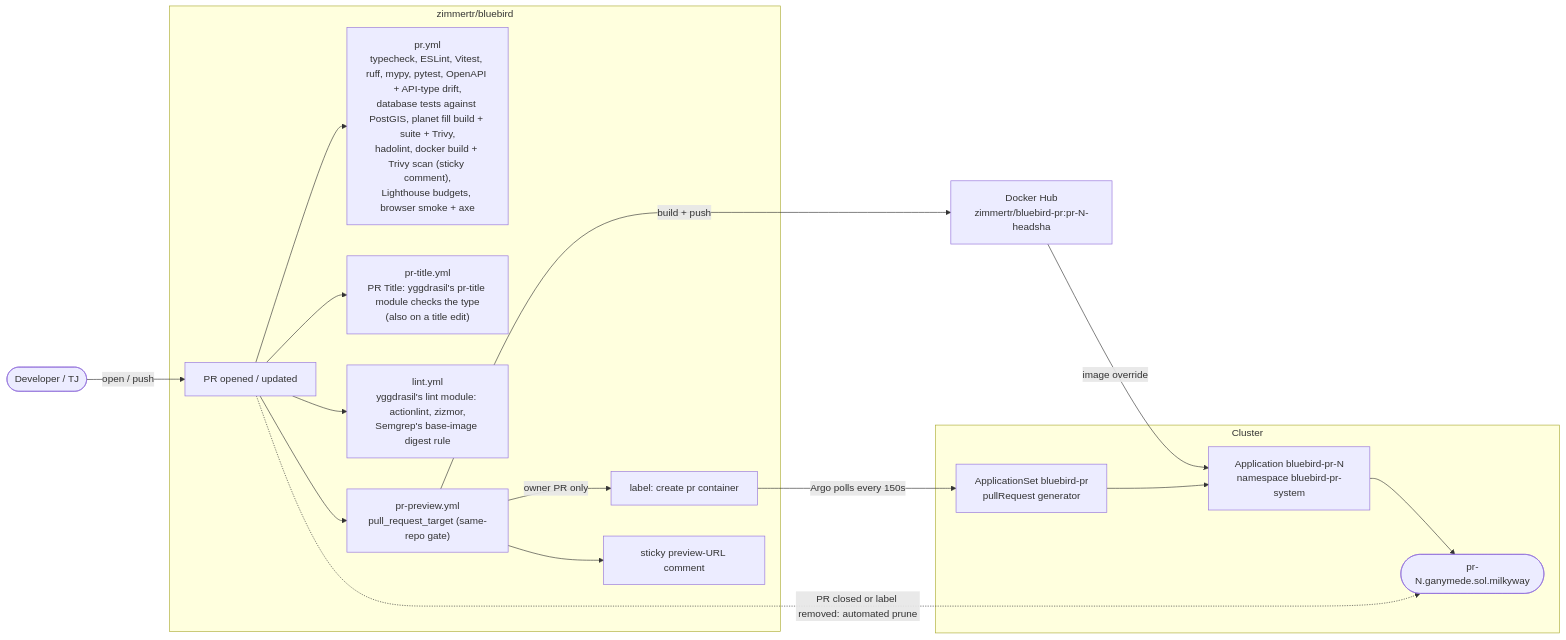
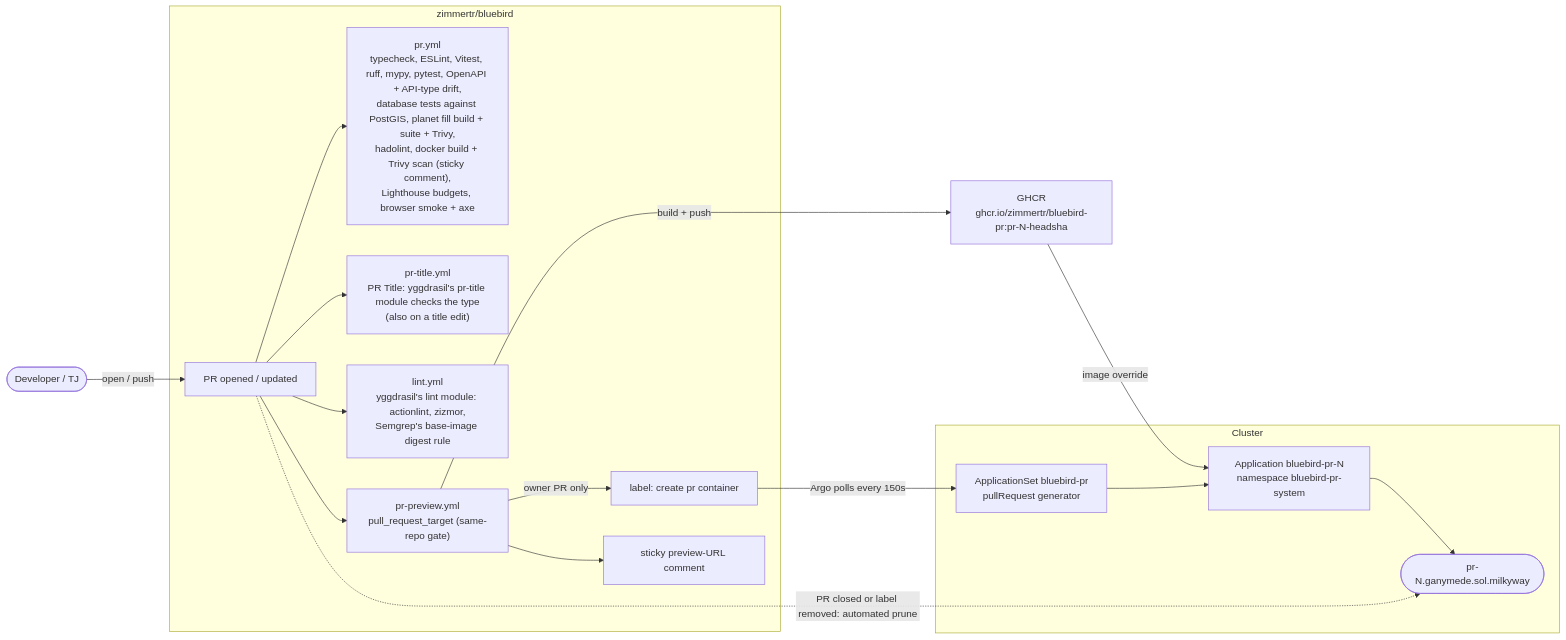
The fourth of 6 diagrams in docs/CICD.md (zimmertr/bluebird), drawn with Mermaid before and after one commit. The commit also changed other lines of this file and 21 other files, not shown here.

````diff
--- a/docs/CICD.md
+++ b/docs/CICD.md
@@ -1147,36 +1147,36 @@
 ```mermaid
 flowchart LR
     dev(["Developer / TJ"])
 
     subgraph BB["zimmertr/bluebird"]
         pr["PR opened / updated"]
         checks["pr.yml<br/>typecheck, ESLint, Vitest, ruff, mypy, pytest, OpenAPI + API-type drift,<br/>database tests against PostGIS, planet fill build + suite + Trivy,<br/>hadolint, docker build + Trivy scan (sticky comment),<br/>Lighthouse budgets, browser smoke + axe"]
         title["pr-title.yml<br/>PR Title: yggdrasil's pr-title module checks the type<br/>(also on a title edit)"]
         lint["lint.yml<br/>yggdrasil's lint module: actionlint, zizmor,<br/>Semgrep's base-image digest rule"]
         preview["pr-preview.yml<br/>pull_request_target (same-repo gate)"]
         label["label: create pr container"]
         comment["sticky preview-URL comment"]
     end
 
-    dhpr["Docker Hub<br/>zimmertr/bluebird-pr:pr-N-headsha"]
+    dhpr["GHCR<br/>ghcr.io/zimmertr/bluebird-pr:pr-N-headsha"]
 
     subgraph CL["Cluster"]
         appset["ApplicationSet bluebird-pr<br/>pullRequest generator"]
         app["Application bluebird-pr-N<br/>namespace bluebird-pr-system"]
         env(["pr-N.ganymede.sol.milkyway"])
     end
 
     dev -->|open / push| pr
     pr --> checks
     pr --> title
     pr --> lint
     pr --> preview
     preview -->|build + push| dhpr
     preview -->|owner PR only| label
     preview --> comment
     label -->|Argo polls every 150s| appset
     appset --> app
     dhpr -->|image override| app
     app --> env
     pr -.->|PR closed or label removed: automated prune| env
 ```
````
